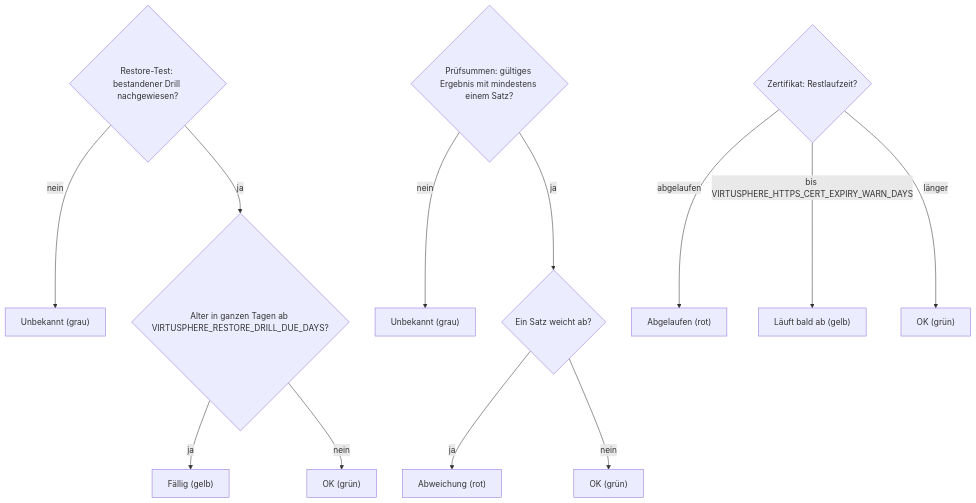
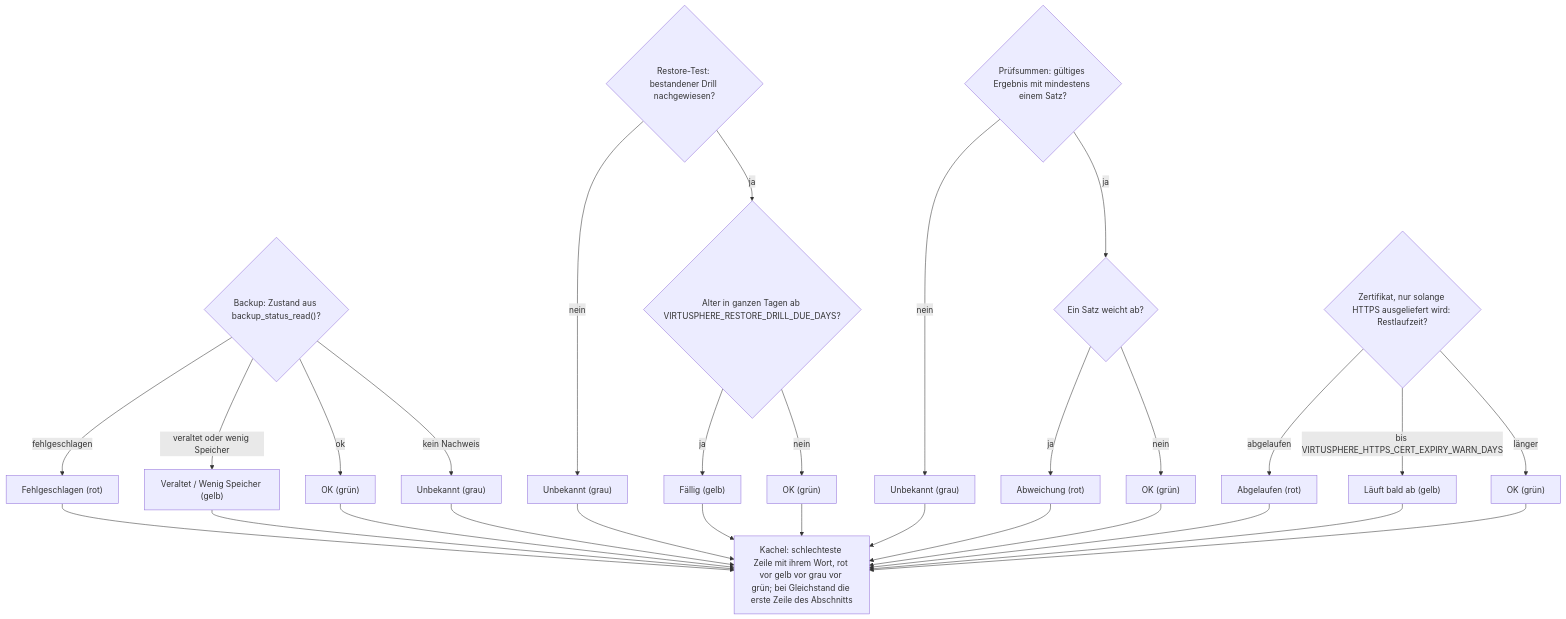
Before and after one commit to Samy94M/VirtuSphere-v2-WebApp: the eighth of 9 diagrams in docs/operations/system-status-checks.md, drawn with Mermaid. The commit also changed other lines of this file and 35 other files, not shown here.

````diff
--- a/docs/operations/system-status-checks.md
+++ b/docs/operations/system-status-checks.md
@@ -216,14 +229,19 @@
 ```mermaid
 flowchart TD
+  B{"Backup: Zustand aus backup_status_read()?"} -->|fehlgeschlagen| BF["Fehlgeschlagen (rot)"]
+  B -->|veraltet oder wenig Speicher| BW["Veraltet / Wenig Speicher (gelb)"]
+  B -->|ok| BO["OK (grün)"]
+  B -->|kein Nachweis| BU["Unbekannt (grau)"]
   D{"Restore-Test: bestandener Drill nachgewiesen?"} -->|nein| DU["Unbekannt (grau)"]
   D -->|ja| DA{"Alter in ganzen Tagen ab VIRTUSPHERE_RESTORE_DRILL_DUE_DAYS?"}
   DA -->|ja| DF["Fällig (gelb)"]
   DA -->|nein| DO["OK (grün)"]
   S{"Prüfsummen: gültiges Ergebnis mit mindestens einem Satz?"} -->|nein| SU["Unbekannt (grau)"]
   S -->|ja| SF{"Ein Satz weicht ab?"}
   SF -->|ja| SA["Abweichung (rot)"]
   SF -->|nein| SO["OK (grün)"]
-  H{"Zertifikat: Restlaufzeit?"} -->|abgelaufen| HA["Abgelaufen (rot)"]
+  H{"Zertifikat, nur solange HTTPS ausgeliefert wird: Restlaufzeit?"} -->|abgelaufen| HA["Abgelaufen (rot)"]
   H -->|bis VIRTUSPHERE_HTTPS_CERT_EXPIRY_WARN_DAYS| HB["Läuft bald ab (gelb)"]
   H -->|länger| HO["OK (grün)"]
+  BF & BW & BO & BU & DU & DF & DO & SU & SA & SO & HA & HB & HO --> K["Kachel: schlechteste Zeile mit ihrem Wort, rot vor gelb vor grau vor grün; bei Gleichstand die erste Zeile des Abschnitts"]
 ```
````
